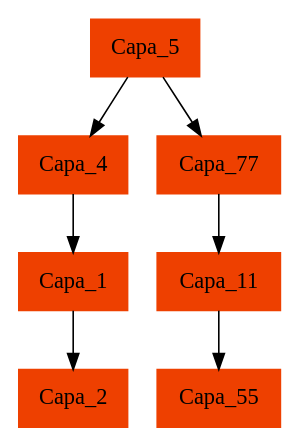
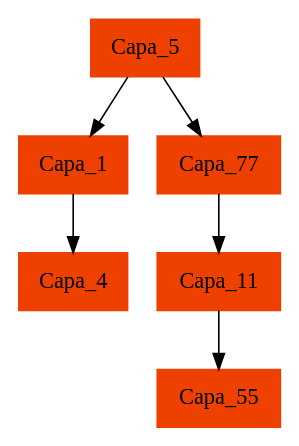
One commit to Cascarus/-EDD-Proyecto1_201603127 changed the diagram in [EDD]Proyecto1_201603127/ABB.dot. Above: the diagram before and after it, drawn with Graphviz. The commit also changed 4 other files, not shown here.

```diff
--- a/[EDD]Proyecto1_201603127/ABB.dot
+++ b/[EDD]Proyecto1_201603127/ABB.dot
@@ -1,23 +1,20 @@
 digraph g{
 	node [shape=record,width=.9,height=.5,style=filled,color=orangered2];
-	Node5->Node4; 
+	Node5->Node1; 
 	Node5->Node77; 
-	Node4->Node1; 
-	Node1->Node2; 
+	Node1->Node4; 
 
- 	Node2[label = "Capa_2"] 
+ 	Node4[label = "Capa_4"] 
 
  	Node1[label = "Capa_1"] 
-
- 	Node4[label = "Capa_4"] 
 	Node77->Node11; 
 	Node11->Node55; 
 
  	Node55[label = "Capa_55"] 
 
  	Node11[label = "Capa_11"] 
 
  	Node77[label = "Capa_77"] 
 
  	Node5[label = "Capa_5"] 
 }
```
